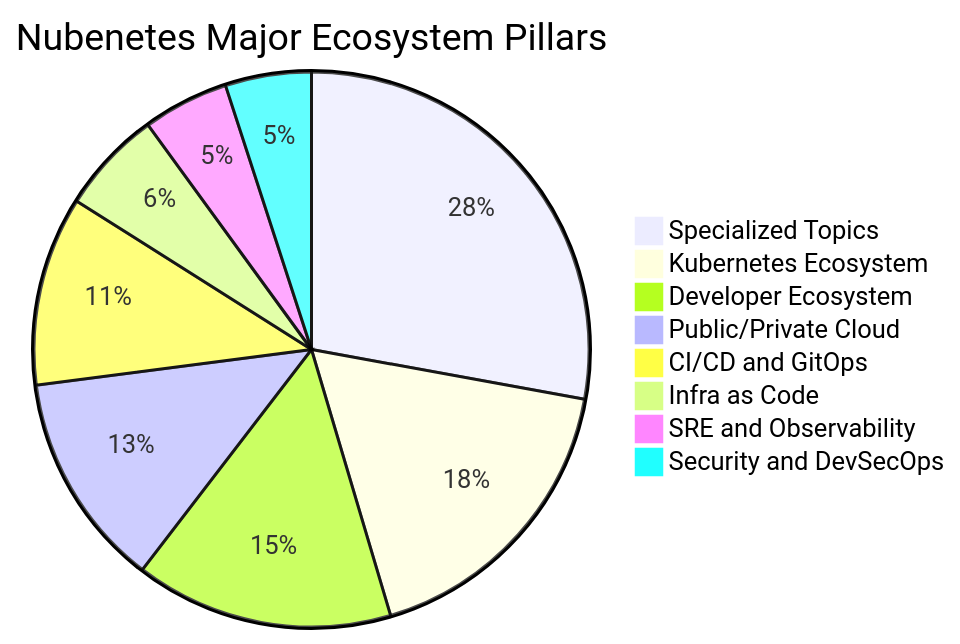
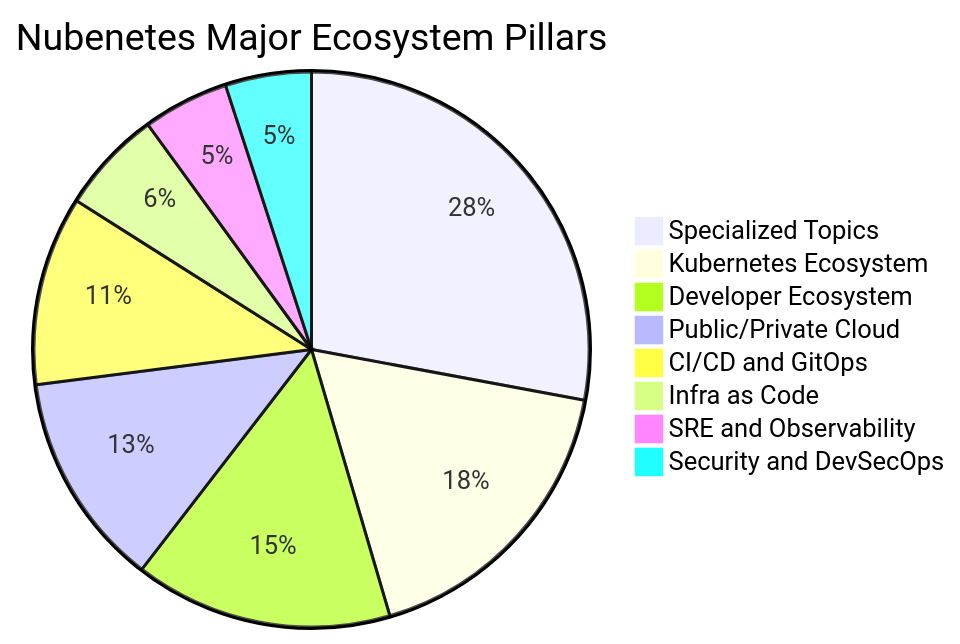
The second of 14 diagrams in README.md (nubenetes/awesome-kubernetes), drawn with Mermaid before and after one commit. The commit also changed other lines of this file, not shown here.

````diff
--- a/README.md
+++ b/README.md
@@ -308,11 +308,11 @@
 ```mermaid
 pie title Nubenetes Major Ecosystem Pillars
-    "Specialized Topics" : 5563
+    "Specialized Topics" : 5580
     "Kubernetes Ecosystem" : 3500
     "Developer Ecosystem" : 3000
     "Public/Private Cloud" : 2500
     "CI/CD and GitOps" : 2200
     "Infra as Code" : 1200
     "SRE and Observability" : 1000
     "Security and DevSecOps" : 1000
 ```
````
